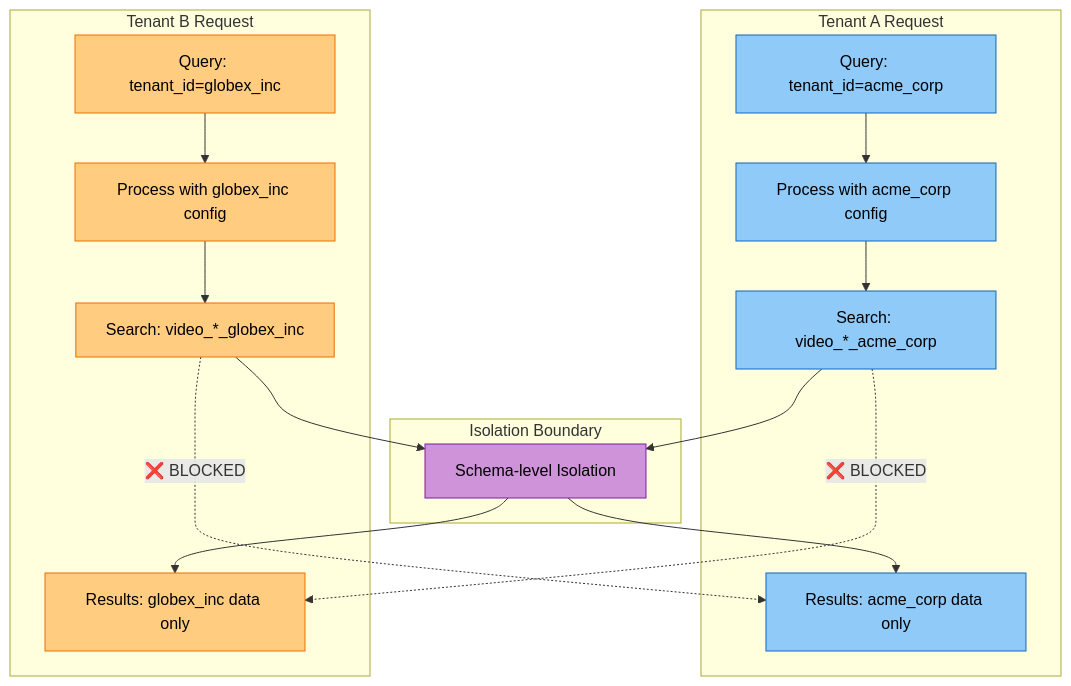
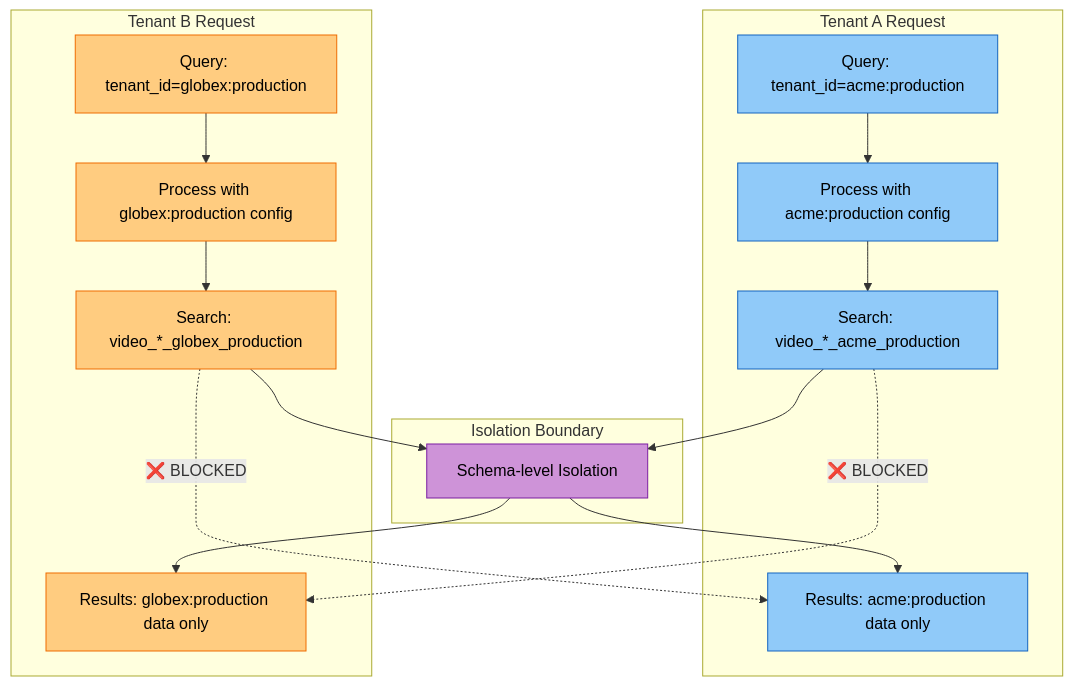
The ninth of 21 diagrams in docs/diagrams/multi-tenant-diagrams.md (amit-jain/cogniverse), drawn with Mermaid before and after one commit. The commit also changed other lines of this file and 50 other files, not shown here.

First line of the commit message:
Complete and verify docs against code with mermaid palette

````diff
--- a/docs/diagrams/multi-tenant-diagrams.md
+++ b/docs/diagrams/multi-tenant-diagrams.md
@@ -387,43 +397,43 @@
 ```mermaid
 flowchart TB
     subgraph "Tenant A Request"
-        RequestA["<span style='color:#000'>Query: tenant_id=acme_corp</span>"]
-        ProcessA["<span style='color:#000'>Process with acme_corp config</span>"]
-        SearchA["<span style='color:#000'>Search: video_*_acme_corp</span>"]
-        ResultsA["<span style='color:#000'>Results: acme_corp data only</span>"]
+        RequestA["<span style='color:#000'>Query: tenant_id=acme:production</span>"]
+        ProcessA["<span style='color:#000'>Process with acme:production config</span>"]
+        SearchA["<span style='color:#000'>Search: video_*_acme_production</span>"]
+        ResultsA["<span style='color:#000'>Results: acme:production data only</span>"]
     end
 
     subgraph "Tenant B Request"
-        RequestB["<span style='color:#000'>Query: tenant_id=globex_inc</span>"]
-        ProcessB["<span style='color:#000'>Process with globex_inc config</span>"]
-        SearchB["<span style='color:#000'>Search: video_*_globex_inc</span>"]
-        ResultsB["<span style='color:#000'>Results: globex_inc data only</span>"]
+        RequestB["<span style='color:#000'>Query: tenant_id=globex:production</span>"]
+        ProcessB["<span style='color:#000'>Process with globex:production config</span>"]
+        SearchB["<span style='color:#000'>Search: video_*_globex_production</span>"]
+        ResultsB["<span style='color:#000'>Results: globex:production data only</span>"]
     end
 
     subgraph "Isolation Boundary"
         Firewall["<span style='color:#000'>Schema-level Isolation</span>"]
     end
 
     RequestA --> ProcessA
     ProcessA --> SearchA
     SearchA --> Firewall
     Firewall --> ResultsA
 
     RequestB --> ProcessB
     ProcessB --> SearchB
     SearchB --> Firewall
     Firewall --> ResultsB
 
     SearchA -.->|❌ BLOCKED| ResultsB
     SearchB -.->|❌ BLOCKED| ResultsA
 
     style RequestA fill:#90caf9,stroke:#1565c0,color:#000
     style ProcessA fill:#90caf9,stroke:#1565c0,color:#000
     style SearchA fill:#90caf9,stroke:#1565c0,color:#000
     style ResultsA fill:#90caf9,stroke:#1565c0,color:#000
     style RequestB fill:#ffcc80,stroke:#ef6c00,color:#000
     style ProcessB fill:#ffcc80,stroke:#ef6c00,color:#000
     style SearchB fill:#ffcc80,stroke:#ef6c00,color:#000
     style ResultsB fill:#ffcc80,stroke:#ef6c00,color:#000
     style Firewall fill:#ce93d8,stroke:#7b1fa2,color:#000
 ```
````
